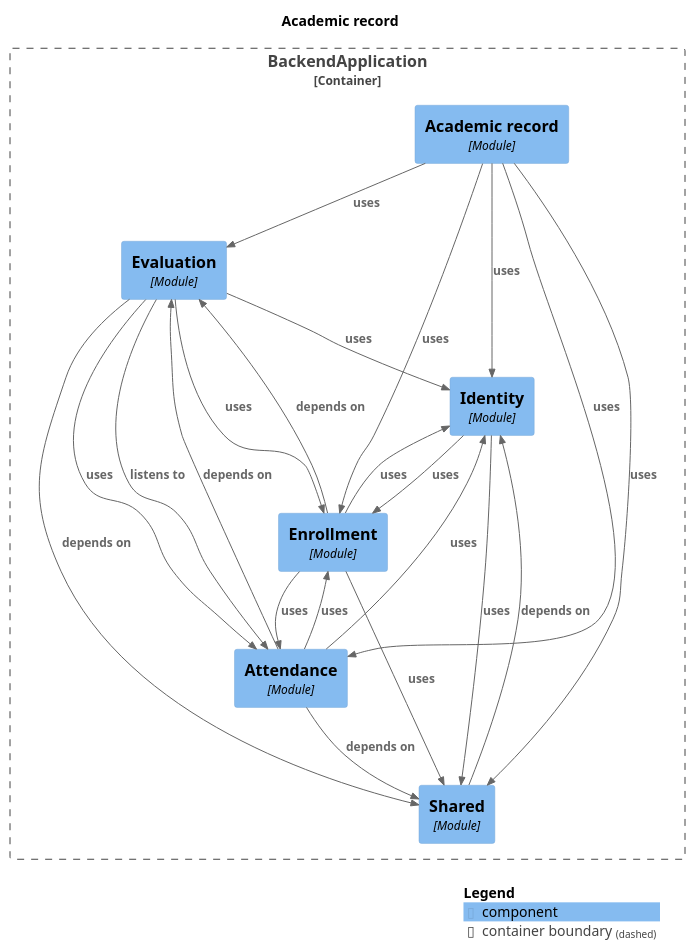
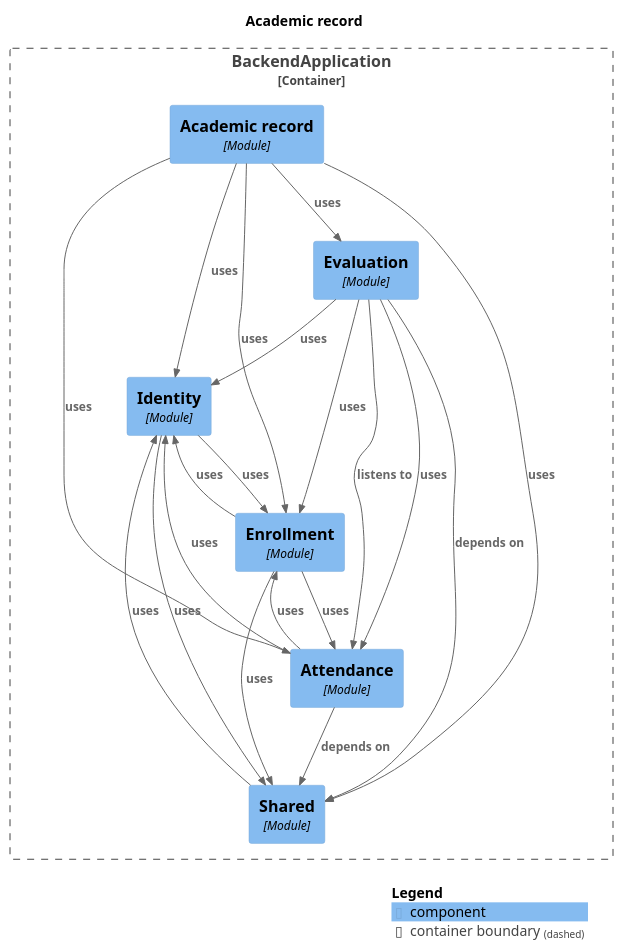
Before and after one commit to Gabriel030/agustina-bermejo-app: the diagram in docs/architecture/module-academicrecord.puml, drawn with PlantUML. The commit also changed 21 other files, not shown here.

Commit message:
docs(architecture): regenera diagramas Modulith (M3a, billing v2) y corrige comando en README

```diff
--- a/docs/architecture/module-academicrecord.puml
+++ b/docs/architecture/module-academicrecord.puml
@@ -1,43 +1,41 @@
 @startuml
 set separator none
 title Academic record
 
 top to bottom direction
 
 !include <C4/C4>
 !include <C4/C4_Context>
 !include <C4/C4_Component>
 
 Container_Boundary("BackendApplication.BackendApplication_boundary", "BackendApplication", $tags="") {
   Component(BackendApplication.BackendApplication.Evaluation, "Evaluation", $techn="Module", $descr="", $tags="", $link="")
   Component(BackendApplication.BackendApplication.Identity, "Identity", $techn="Module", $descr="", $tags="", $link="")
   Component(BackendApplication.BackendApplication.Shared, "Shared", $techn="Module", $descr="", $tags="", $link="")
   Component(BackendApplication.BackendApplication.Academicrecord, "Academic record", $techn="Module", $descr="", $tags="", $link="")
   Component(BackendApplication.BackendApplication.Attendance, "Attendance", $techn="Module", $descr="", $tags="", $link="")
   Component(BackendApplication.BackendApplication.Enrollment, "Enrollment", $techn="Module", $descr="", $tags="", $link="")
 }
 
 Rel(BackendApplication.BackendApplication.Academicrecord, BackendApplication.BackendApplication.Attendance, "uses", $techn="", $tags="", $link="")
 Rel(BackendApplication.BackendApplication.Academicrecord, BackendApplication.BackendApplication.Enrollment, "uses", $techn="", $tags="", $link="")
 Rel(BackendApplication.BackendApplication.Academicrecord, BackendApplication.BackendApplication.Evaluation, "uses", $techn="", $tags="", $link="")
 Rel(BackendApplication.BackendApplication.Academicrecord, BackendApplication.BackendApplication.Identity, "uses", $techn="", $tags="", $link="")
 Rel(BackendApplication.BackendApplication.Academicrecord, BackendApplication.BackendApplication.Shared, "uses", $techn="", $tags="", $link="")
 Rel(BackendApplication.BackendApplication.Attendance, BackendApplication.BackendApplication.Enrollment, "uses", $techn="", $tags="", $link="")
-Rel(BackendApplication.BackendApplication.Attendance, BackendApplication.BackendApplication.Evaluation, "depends on", $techn="", $tags="", $link="")
 Rel(BackendApplication.BackendApplication.Attendance, BackendApplication.BackendApplication.Identity, "uses", $techn="", $tags="", $link="")
 Rel(BackendApplication.BackendApplication.Attendance, BackendApplication.BackendApplication.Shared, "depends on", $techn="", $tags="", $link="")
 Rel(BackendApplication.BackendApplication.Enrollment, BackendApplication.BackendApplication.Attendance, "uses", $techn="", $tags="", $link="")
-Rel(BackendApplication.BackendApplication.Enrollment, BackendApplication.BackendApplication.Evaluation, "depends on", $techn="", $tags="", $link="")
 Rel(BackendApplication.BackendApplication.Enrollment, BackendApplication.BackendApplication.Identity, "uses", $techn="", $tags="", $link="")
 Rel(BackendApplication.BackendApplication.Enrollment, BackendApplication.BackendApplication.Shared, "uses", $techn="", $tags="", $link="")
 Rel(BackendApplication.BackendApplication.Evaluation, BackendApplication.BackendApplication.Attendance, "listens to", $techn="", $tags="", $link="")
 Rel(BackendApplication.BackendApplication.Evaluation, BackendApplication.BackendApplication.Attendance, "uses", $techn="", $tags="", $link="")
 Rel(BackendApplication.BackendApplication.Evaluation, BackendApplication.BackendApplication.Enrollment, "uses", $techn="", $tags="", $link="")
 Rel(BackendApplication.BackendApplication.Evaluation, BackendApplication.BackendApplication.Identity, "uses", $techn="", $tags="", $link="")
 Rel(BackendApplication.BackendApplication.Evaluation, BackendApplication.BackendApplication.Shared, "depends on", $techn="", $tags="", $link="")
 Rel(BackendApplication.BackendApplication.Identity, BackendApplication.BackendApplication.Enrollment, "uses", $techn="", $tags="", $link="")
 Rel(BackendApplication.BackendApplication.Identity, BackendApplication.BackendApplication.Shared, "uses", $techn="", $tags="", $link="")
-Rel(BackendApplication.BackendApplication.Shared, BackendApplication.BackendApplication.Identity, "depends on", $techn="", $tags="", $link="")
+Rel(BackendApplication.BackendApplication.Shared, BackendApplication.BackendApplication.Identity, "uses", $techn="", $tags="", $link="")
 
 SHOW_LEGEND(true)
 @enduml
```
